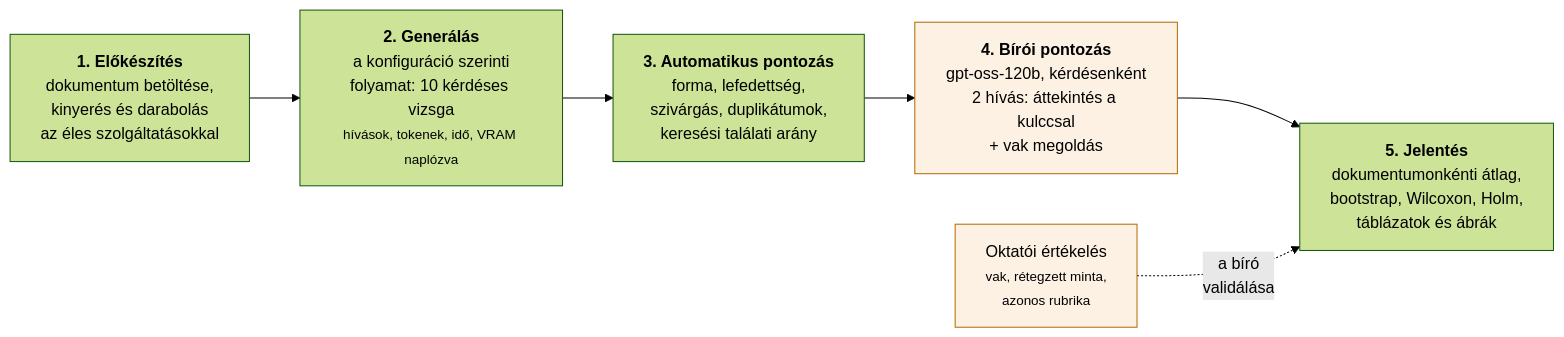
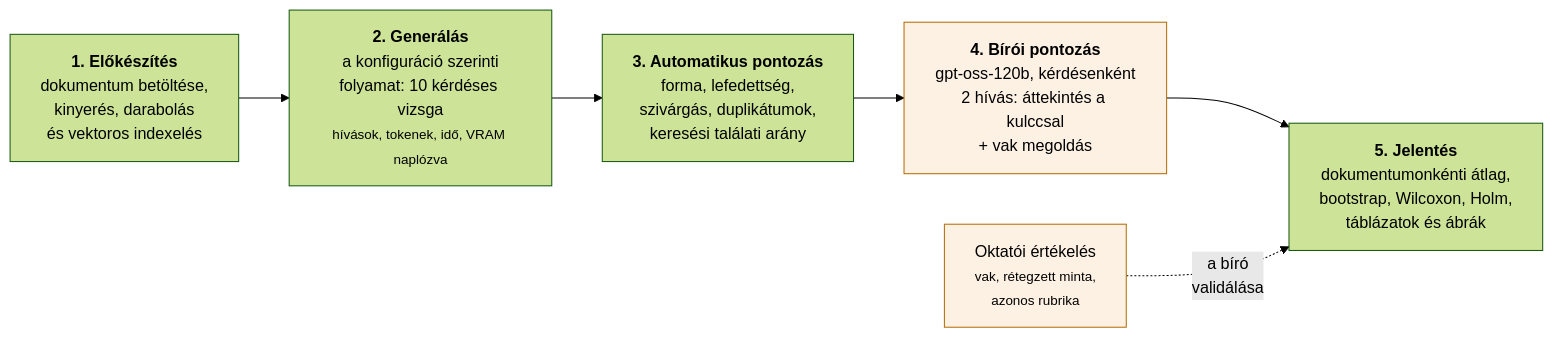
Before and after one commit to Deatron01/Project-Mimir: the diagram in tdk/diagrams/d4_kiertekeles.mmd, drawn with Mermaid (forest theme). The commit also changed 39 other files, not shown here.

```diff
--- a/tdk/diagrams/d4_kiertekeles.mmd
+++ b/tdk/diagrams/d4_kiertekeles.mmd
@@ -1,8 +1,8 @@
 flowchart LR
-  a["<b>1. Előkészítés</b><br/>dokumentum betöltése,<br/>kinyerés és darabolás<br/>az éles szolgáltatásokkal"] --> b["<b>2. Generálás</b><br/>a konfiguráció szerinti<br/>folyamat: 10 kérdéses vizsga<br/><small>hívások, tokenek, idő, VRAM naplózva</small>"]
+  a["<b>1. Előkészítés</b><br/>dokumentum betöltése,<br/>kinyerés, darabolás<br/>és vektoros indexelés"] --> b["<b>2. Generálás</b><br/>a konfiguráció szerinti<br/>folyamat: 10 kérdéses vizsga<br/><small>hívások, tokenek, idő, VRAM naplózva</small>"]
   b --> c["<b>3. Automatikus pontozás</b><br/>forma, lefedettség,<br/>szivárgás, duplikátumok,<br/>keresési találati arány"]
   c --> d["<b>4. Bírói pontozás</b><br/>gpt-oss-120b, kérdésenként<br/>2 hívás: áttekintés a kulccsal<br/>+ vak megoldás"]
   d --> e["<b>5. Jelentés</b><br/>dokumentumonkénti átlag,<br/>bootstrap, Wilcoxon, Holm,<br/>táblázatok és ábrák"]
   r["Oktatói értékelés<br/><small>vak, rétegzett minta,<br/>azonos rubrika</small>"] -. "a bíró<br/>validálása" .-> e
   classDef judge fill:#fdf1e3,stroke:#b26a00;
   class d,r judge;
```
